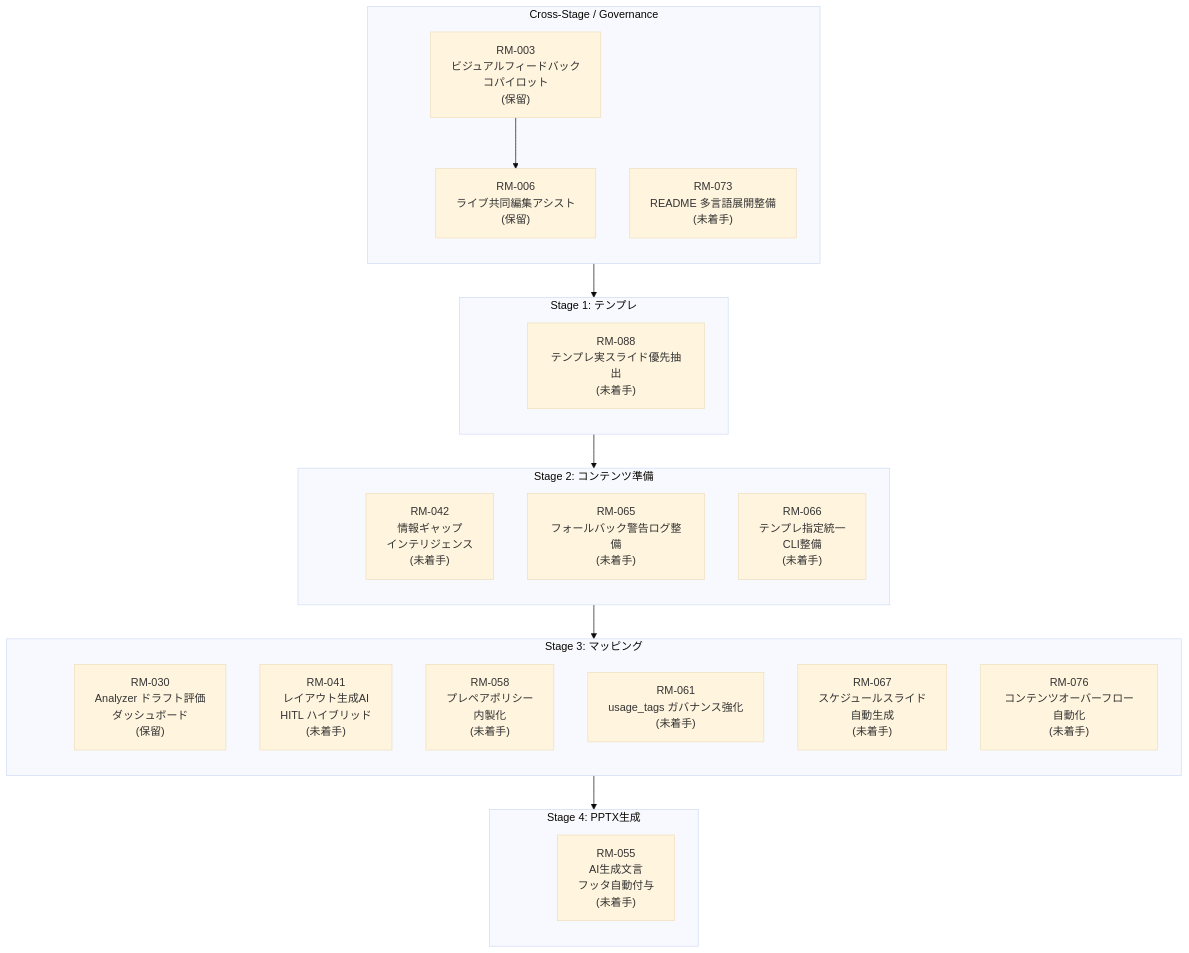
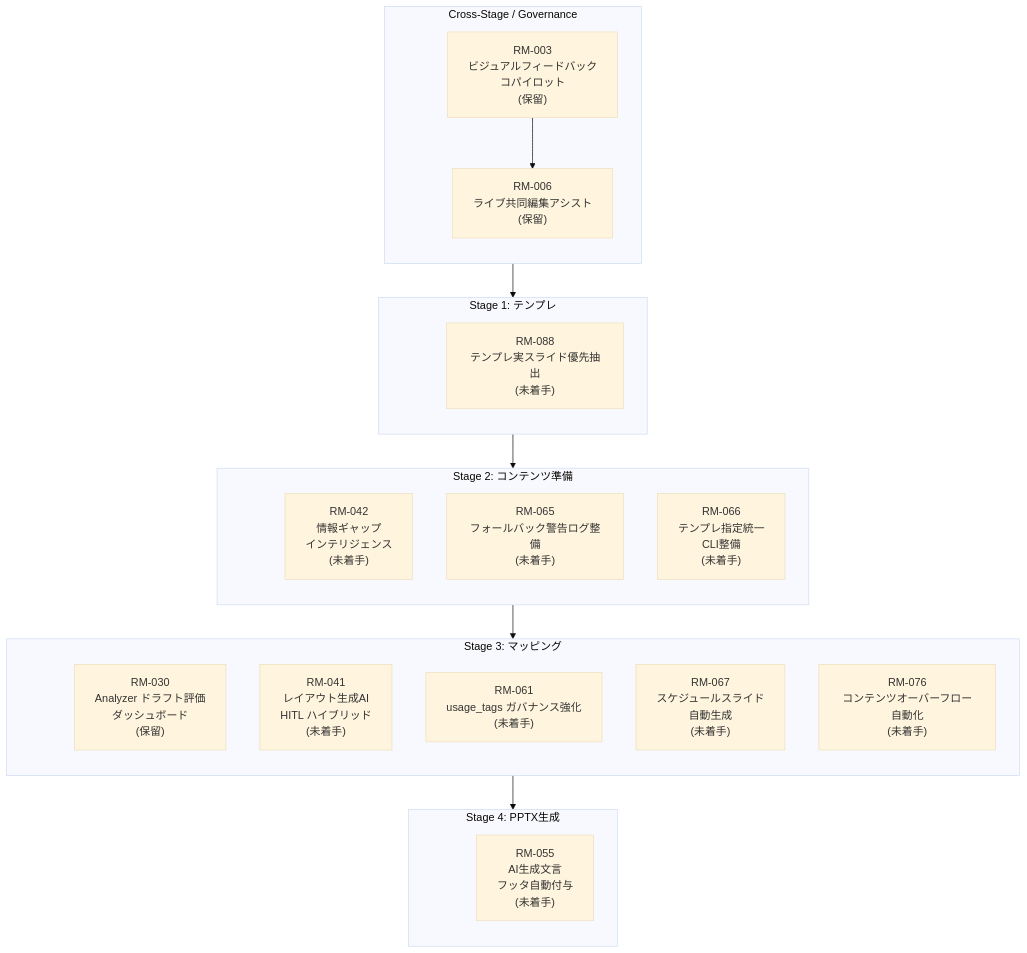
The diagram in docs/roadmap/roadmap.md (yurake/pptx_generator), drawn with Mermaid (base theme) before and after one commit. The commit also changed other lines of this file and 46 other files, not shown here.

````diff
--- a/docs/roadmap/roadmap.md
+++ b/docs/roadmap/roadmap.md
@@ -25,51 +25,49 @@
 ```mermaid
 flowchart TB
     subgraph GOV["Cross-Stage / Governance"]
         direction TB
         GOV_ANCHOR(( ))
         RM003["RM-003<br/>ビジュアルフィードバック<br/>コパイロット<br/>(保留)"]
         RM006["RM-006<br/>ライブ共同編集アシスト<br/>(保留)"]
-        RM073["RM-073<br/>README 多言語展開整備<br/>(未着手)"]
     end
 
     subgraph ST1["Stage 1: テンプレ"]
         direction TB
         ST1_ANCHOR(( ))
         RM088["RM-088<br/>テンプレ実スライド優先抽出<br/>(未着手)"]
     end
 
     subgraph ST2["Stage 2: コンテンツ準備"]
         direction TB
         ST2_ANCHOR(( ))
         RM042["RM-042<br/>情報ギャップ<br/>インテリジェンス<br/>(未着手)"]
         RM065["RM-065<br/>フォールバック警告ログ整備<br/>(未着手)"]
         RM066["RM-066<br/>テンプレ指定統一<br/>CLI整備<br/>(未着手)"]
     end
 
     subgraph ST3["Stage 3: マッピング"]
         direction TB
         ST3_ANCHOR(( ))
         RM030["RM-030<br/>Analyzer ドラフト評価<br/>ダッシュボード<br/>(保留)"]
         RM041["RM-041<br/>レイアウト生成AI<br/>HITL ハイブリッド<br/>(未着手)"]
-        RM058["RM-058<br/>プレペアポリシー<br/>内製化<br/>(未着手)"]
         RM061["RM-061<br/>usage_tags ガバナンス強化<br/>(未着手)"]
         RM067["RM-067<br/>スケジュールスライド<br/>自動生成<br/>(未着手)"]
         RM076["RM-076<br/>コンテンツオーバーフロー自動化<br/>(未着手)"]
     end
 
     subgraph ST4["Stage 4: PPTX生成"]
         direction TB
         ST4_ANCHOR(( ))
         RM055["RM-055<br/>AI生成文言<br/>フッタ自動付与<br/>(未着手)"]
     end
 
     style GOV_ANCHOR fill:transparent,stroke:transparent
     style ST1_ANCHOR fill:transparent,stroke:transparent
     style ST2_ANCHOR fill:transparent,stroke:transparent
     style ST3_ANCHOR fill:transparent,stroke:transparent
     style ST4_ANCHOR fill:transparent,stroke:transparent
 
     GOV_ANCHOR --> ST1_ANCHOR --> ST2_ANCHOR --> ST3_ANCHOR --> ST4_ANCHOR
 
     RM003 --> RM006
 ```
````
